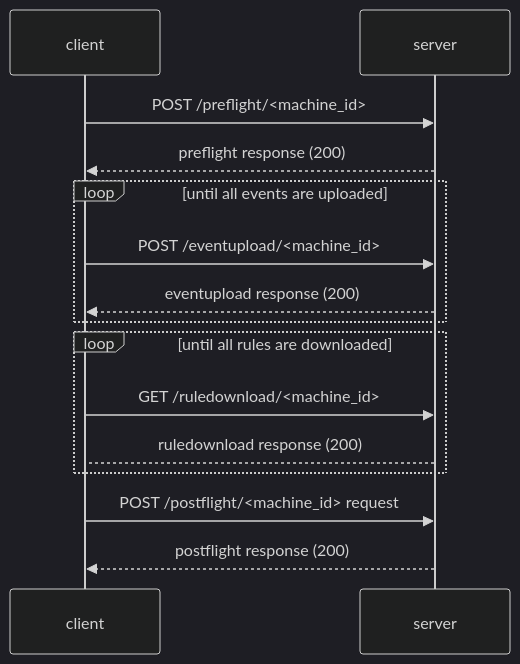
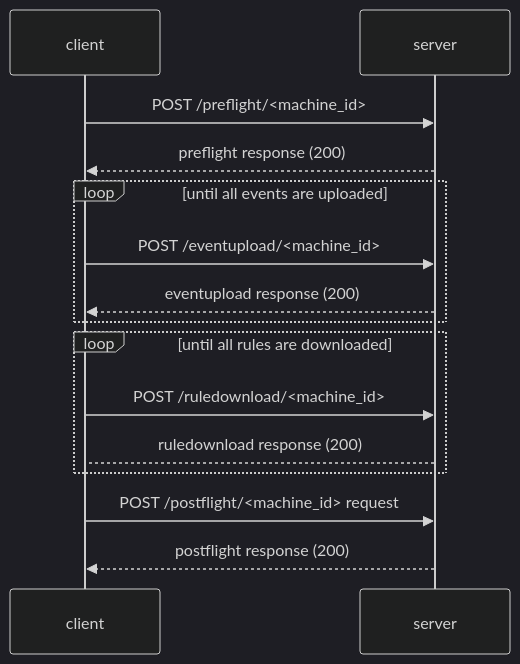
One commit to google/santa changed the first of 5 diagrams in docs/development/sync-protocol.md. Above: the diagram before and after it, drawn with Mermaid (dark theme).

Commit message:
Fix sync protocol diagram. (#1037)

````diff
--- a/docs/development/sync-protocol.md
+++ b/docs/development/sync-protocol.md
@@ -40,15 +40,15 @@
 ```mermaid
 sequenceDiagram
    client ->> server: POST /preflight/<machine_id>
    server -->> client: preflight response (200)
    loop until all events are uploaded
    client ->> server: POST /eventupload/<machine_id>
    server -->> client: eventupload response (200)
    end
    loop until all rules are downloaded
-   client ->> server: GET /ruledownload/<machine_id>
+   client ->> server: POST /ruledownload/<machine_id>
    server --> client: ruledownload response (200)
    end
    client ->> server: POST /postflight/<machine_id> request
    server -->> client: postflight response (200)
 ```
````
